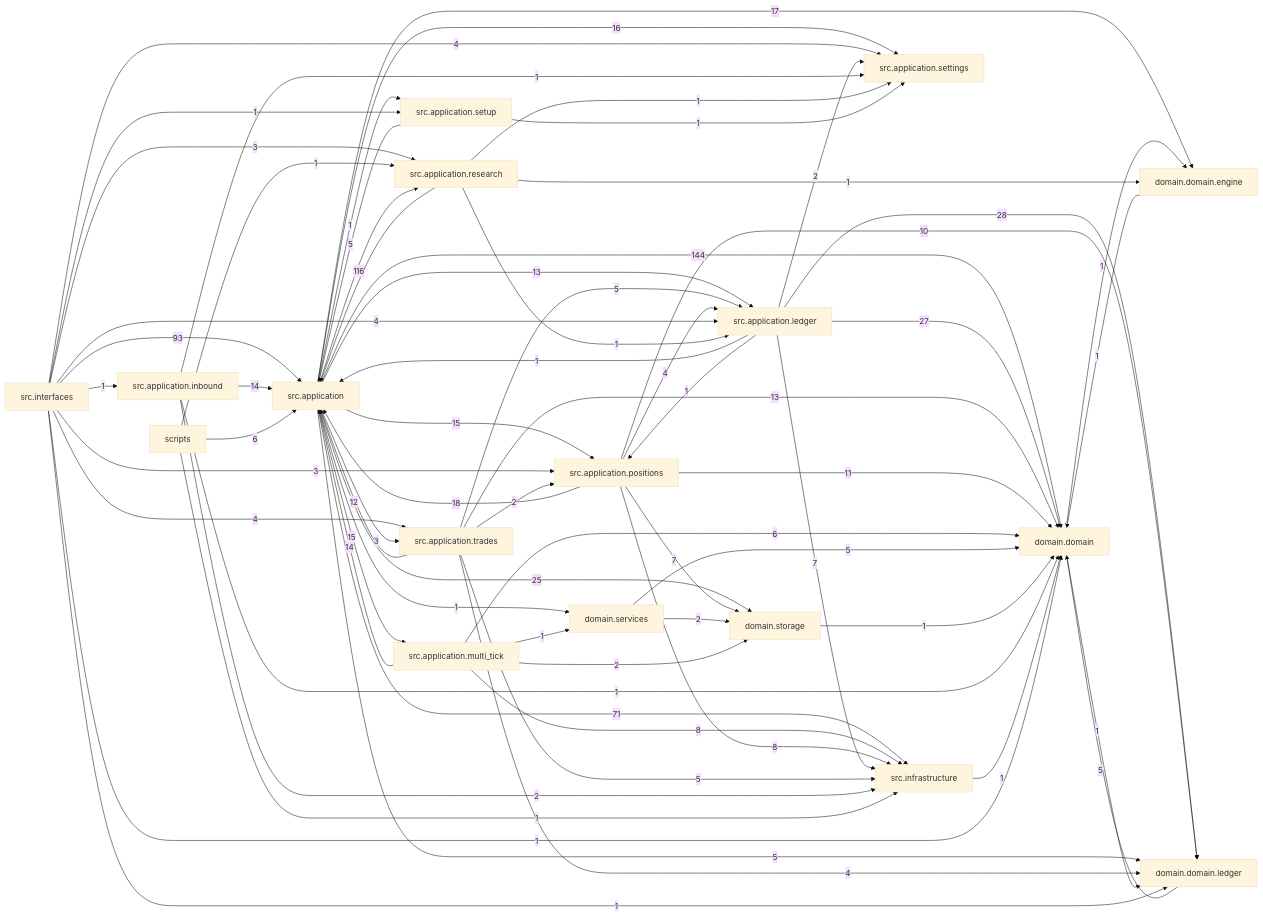
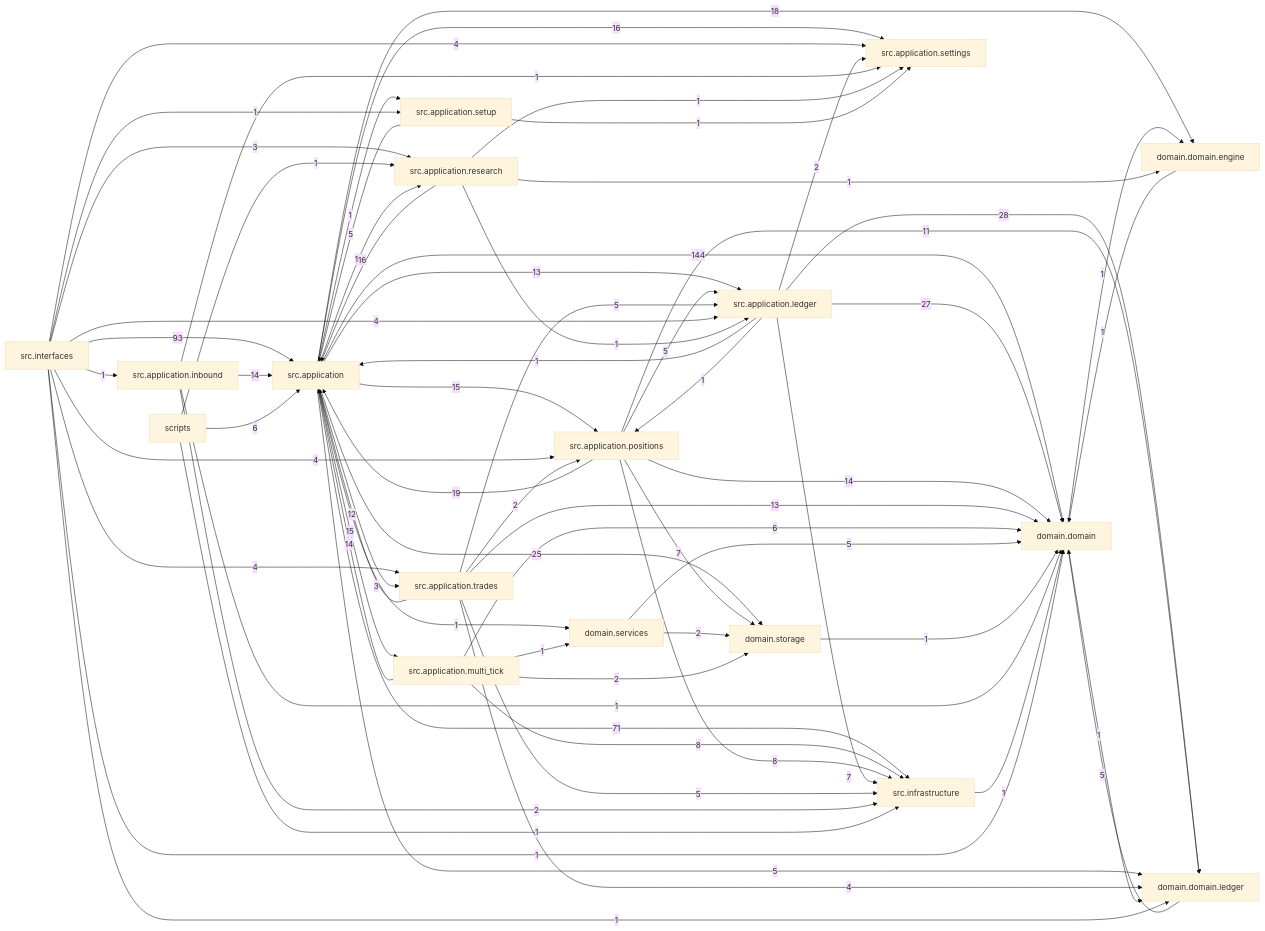
The diagram in docs/dependency_graph.mmd (liuxie066/options-monitor), drawn with Mermaid (base theme) before and after one commit. The commit also changed 46 other files, not shown here.

```diff
--- a/docs/dependency_graph.mmd
+++ b/docs/dependency_graph.mmd
@@ -1,68 +1,68 @@
 flowchart LR
   src_application["src.application"] -->|144| domain_domain["domain.domain"]
   src_interfaces["src.interfaces"] -->|93| src_application["src.application"]
   src_application["src.application"] -->|71| src_infrastructure["src.infrastructure"]
   src_application_ledger["src.application.ledger"] -->|28| domain_domain_ledger["domain.domain.ledger"]
   src_application_ledger["src.application.ledger"] -->|27| domain_domain["domain.domain"]
   src_application["src.application"] -->|25| domain_storage["domain.storage"]
-  src_application_positions["src.application.positions"] -->|18| src_application["src.application"]
-  src_application["src.application"] -->|17| domain_domain_engine["domain.domain.engine"]
+  src_application_positions["src.application.positions"] -->|19| src_application["src.application"]
+  src_application["src.application"] -->|18| domain_domain_engine["domain.domain.engine"]
   src_application["src.application"] -->|16| src_application_settings["src.application.settings"]
   src_application_research["src.application.research"] -->|16| src_application["src.application"]
   src_application["src.application"] -->|15| src_application_multi_tick["src.application.multi_tick"]
   src_application["src.application"] -->|15| src_application_positions["src.application.positions"]
   src_application_inbound["src.application.inbound"] -->|14| src_application["src.application"]
   src_application_multi_tick["src.application.multi_tick"] -->|14| src_application["src.application"]
+  src_application_positions["src.application.positions"] -->|14| domain_domain["domain.domain"]
   src_application["src.application"] -->|13| src_application_ledger["src.application.ledger"]
   src_application_trades["src.application.trades"] -->|13| domain_domain["domain.domain"]
   src_application_trades["src.application.trades"] -->|12| src_application["src.application"]
-  src_application_positions["src.application.positions"] -->|11| domain_domain["domain.domain"]
-  src_application_positions["src.application.positions"] -->|10| domain_domain_ledger["domain.domain.ledger"]
+  src_application_positions["src.application.positions"] -->|11| domain_domain_ledger["domain.domain.ledger"]
   src_application_multi_tick["src.application.multi_tick"] -->|8| src_infrastructure["src.infrastructure"]
   src_application_positions["src.application.positions"] -->|8| src_infrastructure["src.infrastructure"]
   src_application_ledger["src.application.ledger"] -->|7| src_infrastructure["src.infrastructure"]
   src_application_positions["src.application.positions"] -->|7| domain_storage["domain.storage"]
   scripts["scripts"] -->|6| src_application["src.application"]
   src_application_multi_tick["src.application.multi_tick"] -->|6| domain_domain["domain.domain"]
   domain_domain_ledger["domain.domain.ledger"] -->|5| domain_domain["domain.domain"]
   domain_services["domain.services"] -->|5| domain_domain["domain.domain"]
   src_application["src.application"] -->|5| domain_domain_ledger["domain.domain.ledger"]
+  src_application_positions["src.application.positions"] -->|5| src_application_ledger["src.application.ledger"]
   src_application_setup["src.application.setup"] -->|5| src_application["src.application"]
   src_application_trades["src.application.trades"] -->|5| src_application_ledger["src.application.ledger"]
   src_application_trades["src.application.trades"] -->|5| src_infrastructure["src.infrastructure"]
-  src_application_positions["src.application.positions"] -->|4| src_application_ledger["src.application.ledger"]
   src_application_trades["src.application.trades"] -->|4| domain_domain_ledger["domain.domain.ledger"]
   src_interfaces["src.interfaces"] -->|4| src_application_ledger["src.application.ledger"]
+  src_interfaces["src.interfaces"] -->|4| src_application_positions["src.application.positions"]
   src_interfaces["src.interfaces"] -->|4| src_application_settings["src.application.settings"]
   src_interfaces["src.interfaces"] -->|4| src_application_trades["src.application.trades"]
   src_application["src.application"] -->|3| src_application_trades["src.application.trades"]
-  src_interfaces["src.interfaces"] -->|3| src_application_positions["src.application.positions"]
   src_interfaces["src.interfaces"] -->|3| src_application_research["src.application.research"]
   domain_services["domain.services"] -->|2| domain_storage["domain.storage"]
   src_application_inbound["src.application.inbound"] -->|2| src_infrastructure["src.infrastructure"]
   src_application_ledger["src.application.ledger"] -->|2| src_application_settings["src.application.settings"]
   src_application_multi_tick["src.application.multi_tick"] -->|2| domain_storage["domain.storage"]
   src_application_trades["src.application.trades"] -->|2| src_application_positions["src.application.positions"]
   domain_domain["domain.domain"] -->|1| domain_domain_engine["domain.domain.engine"]
   domain_domain["domain.domain"] -->|1| domain_domain_ledger["domain.domain.ledger"]
   domain_domain_engine["domain.domain.engine"] -->|1| domain_domain["domain.domain"]
   domain_storage["domain.storage"] -->|1| domain_domain["domain.domain"]
   scripts["scripts"] -->|1| src_application_research["src.application.research"]
   scripts["scripts"] -->|1| src_infrastructure["src.infrastructure"]
   src_application["src.application"] -->|1| domain_services["domain.services"]
   src_application["src.application"] -->|1| src_application_research["src.application.research"]
   src_application["src.application"] -->|1| src_application_setup["src.application.setup"]
   src_application_inbound["src.application.inbound"] -->|1| domain_domain["domain.domain"]
   src_application_inbound["src.application.inbound"] -->|1| src_application_settings["src.application.settings"]
   src_application_ledger["src.application.ledger"] -->|1| src_application["src.application"]
   src_application_ledger["src.application.ledger"] -->|1| src_application_positions["src.application.positions"]
   src_application_multi_tick["src.application.multi_tick"] -->|1| domain_services["domain.services"]
   src_application_research["src.application.research"] -->|1| domain_domain_engine["domain.domain.engine"]
   src_application_research["src.application.research"] -->|1| src_application_ledger["src.application.ledger"]
   src_application_research["src.application.research"] -->|1| src_application_settings["src.application.settings"]
   src_application_setup["src.application.setup"] -->|1| src_application_settings["src.application.settings"]
   src_infrastructure["src.infrastructure"] -->|1| domain_domain["domain.domain"]
   src_interfaces["src.interfaces"] -->|1| domain_domain["domain.domain"]
   src_interfaces["src.interfaces"] -->|1| domain_domain_ledger["domain.domain.ledger"]
   src_interfaces["src.interfaces"] -->|1| src_application_inbound["src.application.inbound"]
   src_interfaces["src.interfaces"] -->|1| src_application_setup["src.application.setup"]
```
